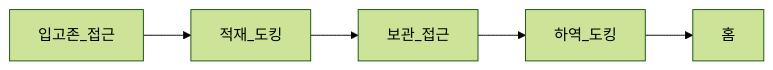
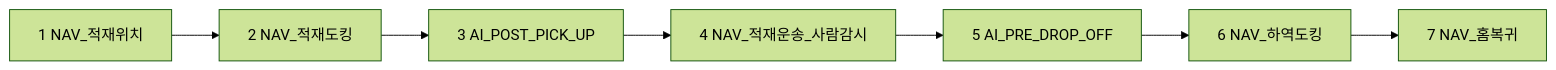
The third of 4 diagrams in main-server/docs/architecture/TASK_ORCHESTRATION.md (eduwing-robotics/ros2-ai-amr-repo3), drawn with Mermaid (forest theme) before and after one commit. The commit also changed other lines of this file and 108 other files, not shown here.

````diff
--- a/main-server/docs/architecture/TASK_ORCHESTRATION.md
+++ b/main-server/docs/architecture/TASK_ORCHESTRATION.md
@@ -63,7 +63,9 @@
 ```mermaid
 flowchart LR
-  A[입고존_접근] --> B[적재_도킹]
-  B --> C[보관_접근]
-  C --> D[하역_도킹]
-  D --> E[홈]
+  A[1 NAV_적재위치] --> B[2 NAV_적재도킹]
+  B --> C[3 AI_POST_PICK_UP]
+  C --> D[4 NAV_적재운송_사람감시]
+  D --> E[5 AI_PRE_DROP_OFF]
+  E --> F[6 NAV_하역도킹]
+  F --> G[7 NAV_홈복귀]
 ```
````
